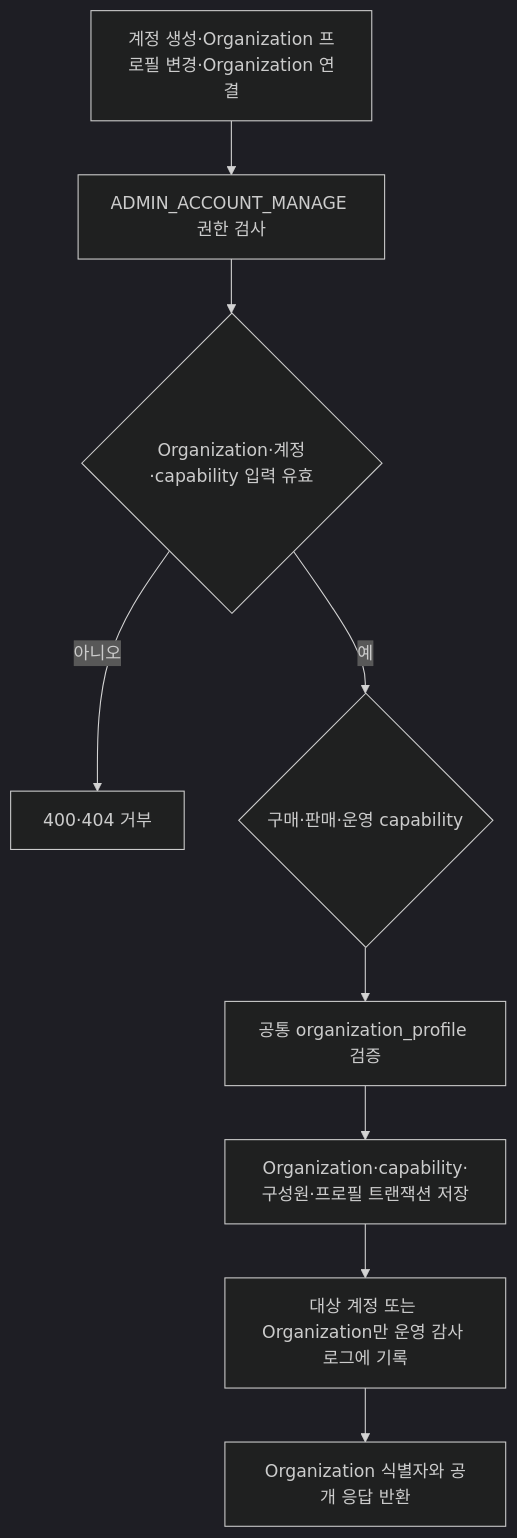
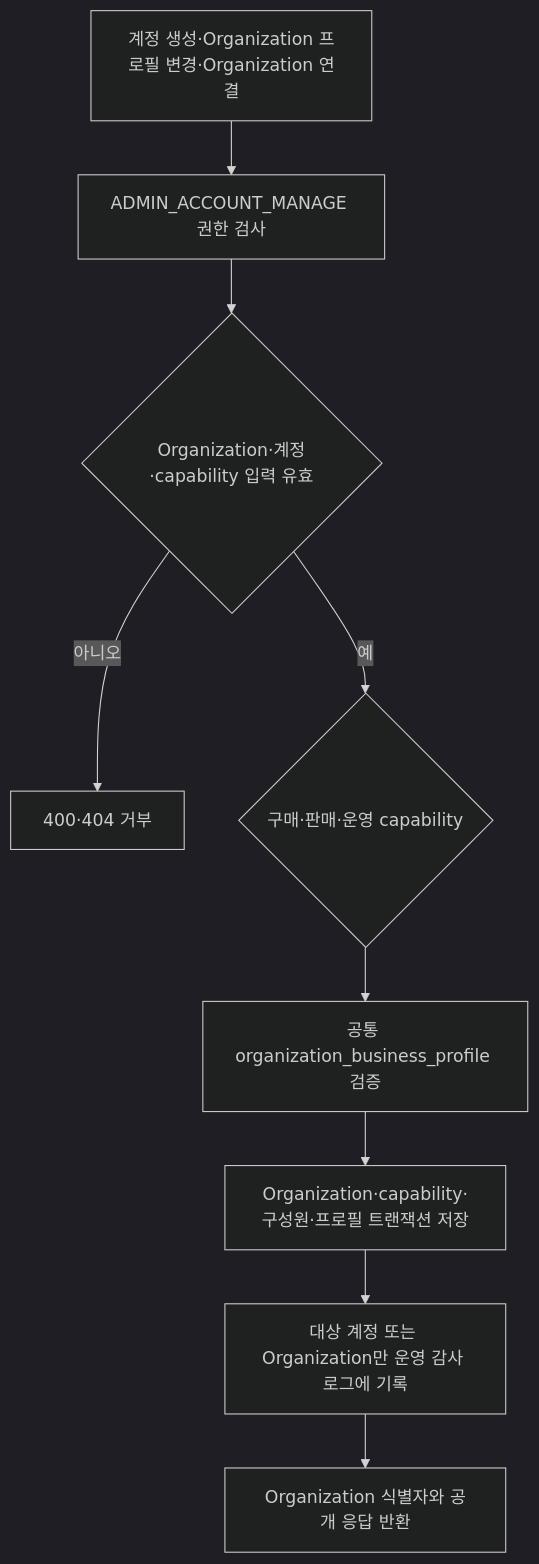
One commit to DongHyeonEom/umji-market-api changed the fourth of 4 diagrams in docs/services/operation.md. Above: the diagram before and after it, drawn with Mermaid (dark theme). The commit also changed other lines of this file and 20 other files, not shown here.

````diff
--- a/docs/services/operation.md
+++ b/docs/services/operation.md
@@ -329,11 +329,11 @@
 ```mermaid
 flowchart TD
     REQ[계정 생성·Organization 프로필 변경·Organization 연결] --> AUTH[ADMIN_ACCOUNT_MANAGE 권한 검사]
     AUTH --> VALID{Organization·계정·capability 입력 유효}
     VALID -- 아니오 --> ERROR[400·404 거부]
     VALID -- 예 --> TYPE{구매·판매·운영 capability}
-    TYPE --> PROFILE[공통 organization_profile 검증]
+    TYPE --> PROFILE[공통 organization_business_profile 검증]
     PROFILE --> SAVE[Organization·capability·구성원·프로필 트랜잭션 저장]
     SAVE --> AUDIT[대상 계정 또는 Organization만 운영 감사 로그에 기록]
     AUDIT --> RESPONSE[Organization 식별자와 공개 응답 반환]
 ```
````
